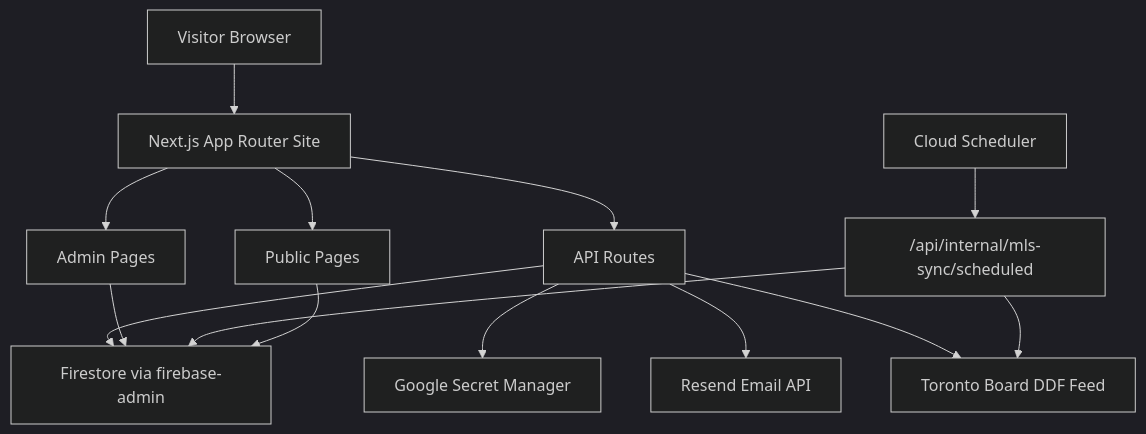
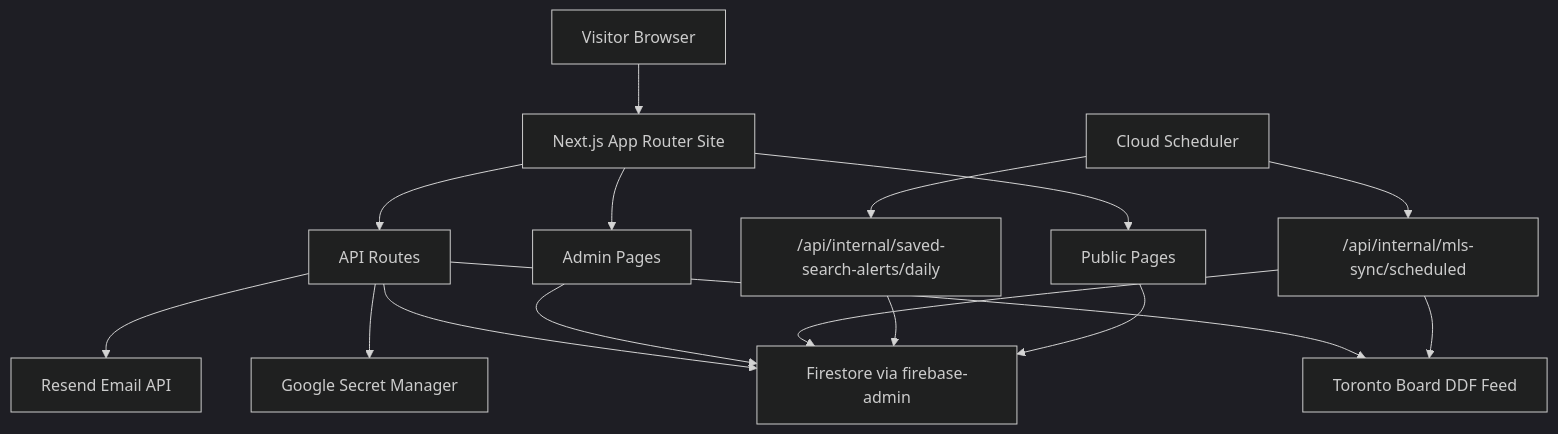
The diagram in docs/INFRASTRUCTURE_GUIDE.md (rigalatvia/homescope), drawn with Mermaid (dark theme) before and after one commit. The commit also changed other lines of this file and 4 other files, not shown here.

````diff
--- a/docs/INFRASTRUCTURE_GUIDE.md
+++ b/docs/INFRASTRUCTURE_GUIDE.md
@@ -34,16 +34,18 @@
 ```mermaid
 flowchart TD
     A["Visitor Browser"] --> B["Next.js App Router Site"]
     B --> C["Public Pages"]
     B --> D["API Routes"]
     B --> E["Admin Pages"]
     D --> F["Firestore via firebase-admin"]
     D --> G["Google Secret Manager"]
     D --> H["Resend Email API"]
     D --> I["Toronto Board DDF Feed"]
     E --> F
     J["Cloud Scheduler"] --> K["/api/internal/mls-sync/scheduled"]
+    J --> L["/api/internal/saved-search-alerts/daily"]
     K --> I
     K --> F
+    L --> F
     C --> F
 ```
````
